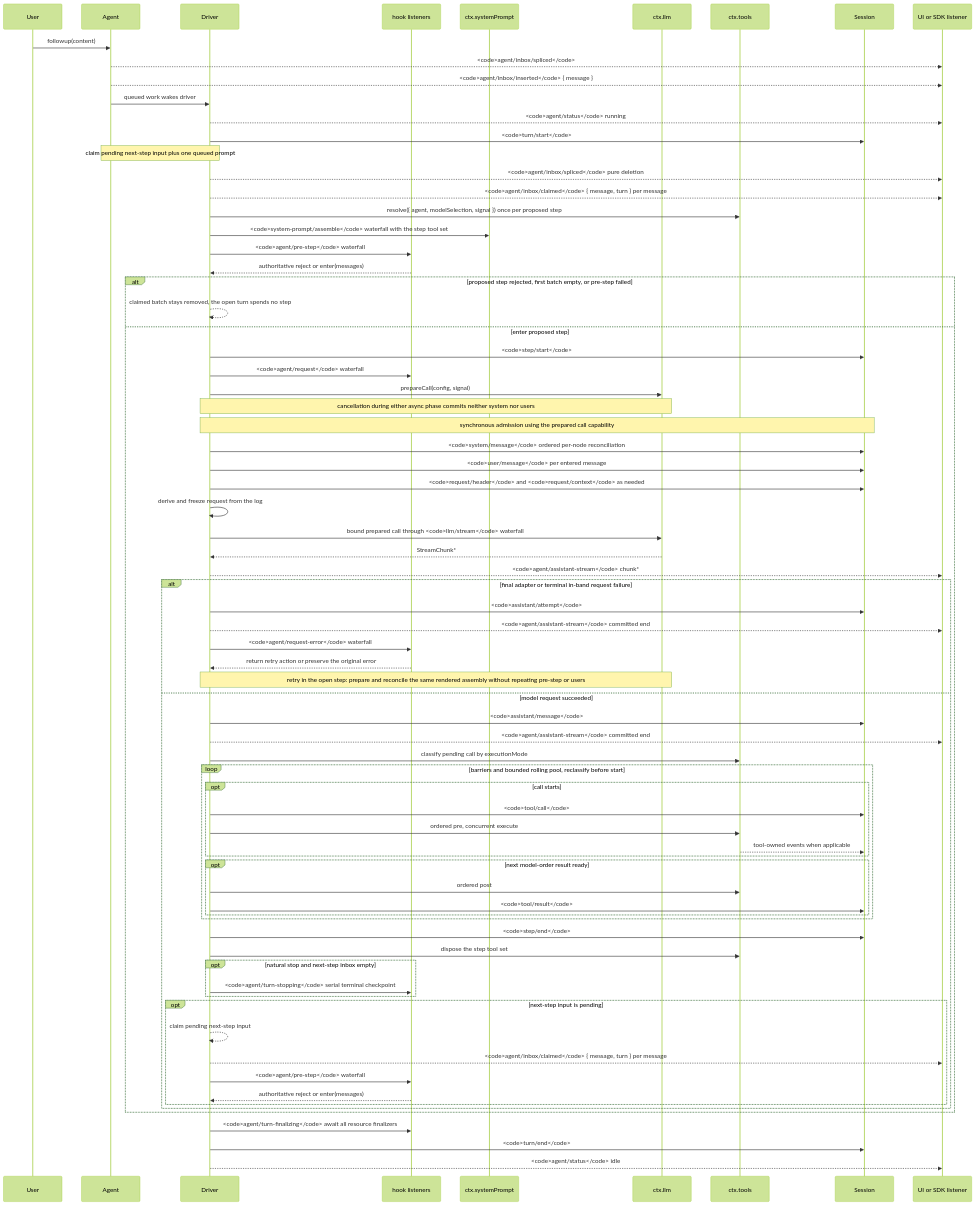
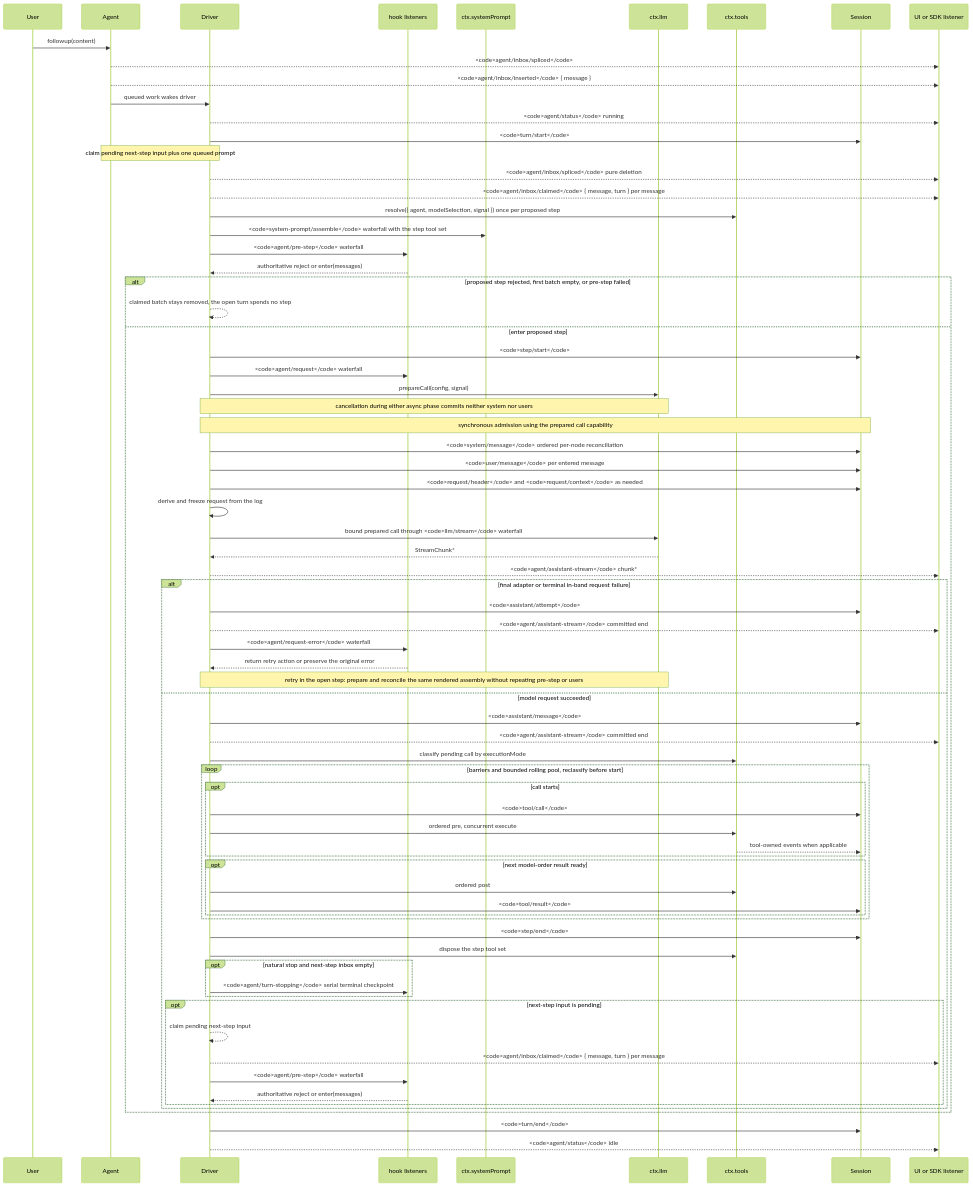
One commit to deepseek-ai/deepseek-harness changed the diagram in docs/agent-lifecycle.md. Above: the diagram before and after it, drawn with Mermaid (forest theme). The commit also changed 37 other files, not shown here.

````diff
--- a/docs/agent-lifecycle.md
+++ b/docs/agent-lifecycle.md
@@ -8,77 +8,76 @@
 ```mermaid
 sequenceDiagram
   participant User
   participant Agent
   participant Driver
   participant Hooks as hook listeners
   participant Prompt as ctx.systemPrompt
   participant LLM as ctx.llm
   participant Tools as ctx.tools
   participant Session
   participant SDK as UI or SDK listener
   User->>Agent: followup(content)
   Agent-->>SDK: <code>agent/inbox/spliced</code>
   Agent-->>SDK: <code>agent/inbox/inserted</code> { message }
   Agent->>Driver: queued work wakes driver
   Driver-->>SDK: <code>agent/status</code> running
   Driver->>Session: <code>turn/start</code>
   Note over Agent,Driver: claim pending next-step input plus one queued prompt
   Driver-->>SDK: <code>agent/inbox/spliced</code> pure deletion
   Driver-->>SDK: <code>agent/inbox/claimed</code> { message, turn } per message
   Driver->>Tools: resolve({ agent, modelSelection, signal }) once per proposed step
   Driver->>Prompt: <code>system-prompt/assemble</code> waterfall with the step tool set
   Driver->>Hooks: <code>agent/pre-step</code> waterfall
   Hooks-->>Driver: authoritative reject or enter(messages)
   alt proposed step rejected, first batch empty, or pre-step failed
     Driver-->>Driver: claimed batch stays removed, the open turn spends no step
   else enter proposed step
   Driver->>Session: <code>step/start</code>
   Driver->>Hooks: <code>agent/request</code> waterfall
   Driver->>LLM: prepareCall(config, signal)
   Note over Driver,LLM: cancellation during either async phase commits neither system nor users
   Note over Driver,Session: synchronous admission using the prepared call capability
   Driver->>Session: <code>system/message</code> ordered per-node reconciliation
   Driver->>Session: <code>user/message</code> per entered message
   Driver->>Session: <code>request/header</code> and <code>request/context</code> as needed
   Driver->>Driver: derive and freeze request from the log
   Driver->>LLM: bound prepared call through <code>llm/stream</code> waterfall
   LLM-->>Driver: StreamChunk*
   Driver-->>SDK: <code>agent/assistant-stream</code> chunk*
   alt final adapter or terminal in-band request failure
     Driver->>Session: <code>assistant/attempt</code>
     Driver-->>SDK: <code>agent/assistant-stream</code> committed end
     Driver->>Hooks: <code>agent/request-error</code> waterfall
     Hooks-->>Driver: return retry action or preserve the original error
     Note over Driver,LLM: retry in the open step: prepare and reconcile the same rendered assembly without repeating pre-step or users
   else model request succeeded
   Driver->>Session: <code>assistant/message</code>
   Driver-->>SDK: <code>agent/assistant-stream</code> committed end
   Driver->>Tools: classify pending call by executionMode
   loop barriers and bounded rolling pool, reclassify before start
     opt call starts
       Driver->>Session: <code>tool/call</code>
       Driver->>Tools: ordered pre, concurrent execute
       Tools-->>Session: tool-owned events when applicable
     end
     opt next model-order result ready
       Driver->>Tools: ordered post
       Driver->>Session: <code>tool/result</code>
     end
   end
   Driver->>Session: <code>step/end</code>
   Driver->>Tools: dispose the step tool set
   opt natural stop and next-step inbox empty
     Driver->>Hooks: <code>agent/turn-stopping</code> serial terminal checkpoint
   end
   opt next-step input is pending
     Driver-->>Driver: claim pending next-step input
     Driver-->>SDK: <code>agent/inbox/claimed</code> { message, turn } per message
     Driver->>Hooks: <code>agent/pre-step</code> waterfall
     Hooks-->>Driver: authoritative reject or enter(messages)
   end
   end
   end
-  Driver->>Hooks: <code>agent/turn-finalizing</code> await all resource finalizers
   Driver->>Session: <code>turn/end</code>
   Driver-->>SDK: <code>agent/status</code> idle
 ```
````
